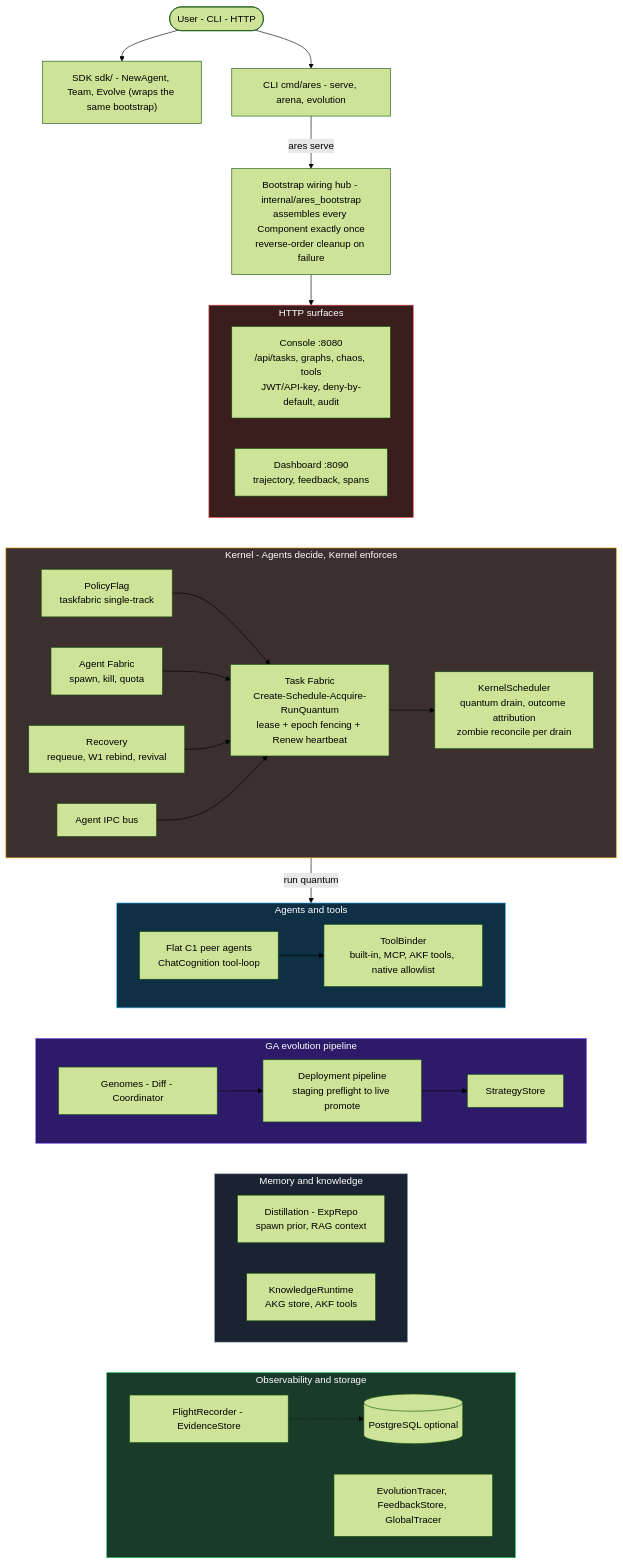
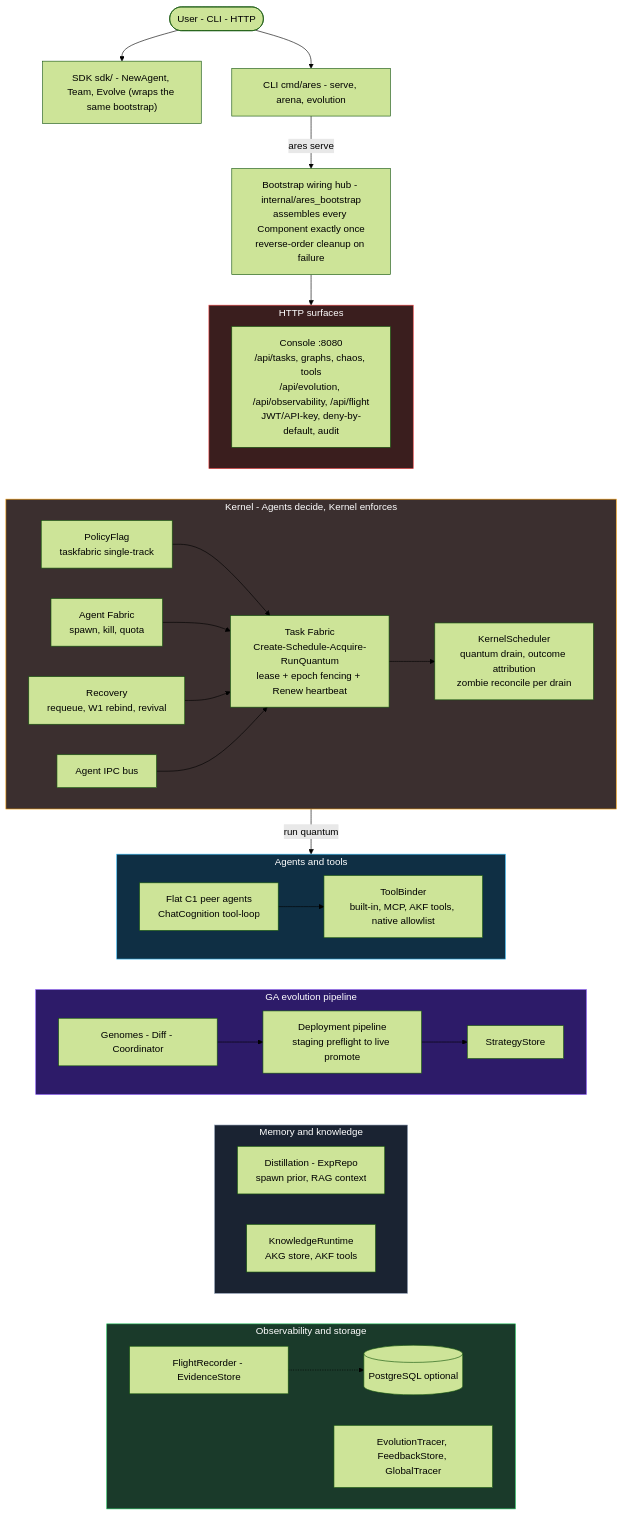
The first of 3 diagrams in README.md (Timwood0x10/ARES), drawn with Mermaid (forest theme) before and after one commit. The commit also changed other lines of this file and 2423 other files, not shown here.

````diff
--- a/README.md
+++ b/README.md
@@ -295,74 +343,73 @@
 ```mermaid
 flowchart TB
     USER(["User - CLI - HTTP"])
 
     USER --> SDK["SDK sdk/ - NewAgent, Team, Evolve (wraps the same bootstrap)"]
     USER --> CLI["CLI cmd/ares - serve, arena, evolution"]
     CLI -- "ares serve" --> BOOT
 
     BOOT["Bootstrap wiring hub - internal/ares_bootstrap<br/>assembles every Component exactly once<br/>reverse-order cleanup on failure"]
 
     BOOT --> HTTPG
 
     subgraph HTTPG["HTTP surfaces"]
-        API["Console :8080<br/>/api/tasks, graphs, chaos, tools<br/>JWT/API-key, deny-by-default, audit"]
-        DASH["Dashboard :8090<br/>trajectory, feedback, spans"]
+        API["Console :8080<br/>/api/tasks, graphs, chaos, tools<br/>/api/evolution, /api/observability, /api/flight<br/>JWT/API-key, deny-by-default, audit"]
     end
 
     HTTPG ~~~ KERNELG
 
     subgraph KERNELG["Kernel - Agents decide, Kernel enforces"]
         POLICY["PolicyFlag<br/>taskfabric single-track"]
         FABRIC["Task Fabric<br/>Create-Schedule-Acquire-RunQuantum<br/>lease + epoch fencing + Renew heartbeat"]
         SCHED["KernelScheduler<br/>quantum drain, outcome attribution<br/>zombie reconcile per drain"]
         AFAB["Agent Fabric<br/>spawn, kill, quota"]
         REC["Recovery<br/>requeue, W1 rebind, revival"]
         IPC["Agent IPC bus"]
         POLICY --> FABRIC
         AFAB --> FABRIC
         REC --> FABRIC
         IPC --> FABRIC
         FABRIC --> SCHED
     end
 
     KERNELG -- "run quantum" --> AGENTSG
 
     subgraph AGENTSG["Agents and tools"]
         AG["Flat C1 peer agents<br/>ChatCognition tool-loop"]
         BIND["ToolBinder<br/>built-in, MCP, AKF tools, native allowlist"]
         AG --> BIND
     end
 
     AGENTSG ~~~ EVOG
 
     subgraph EVOG["GA evolution pipeline"]
         GAD["Genomes - Diff - Coordinator"]
         DEP["Deployment pipeline<br/>staging preflight to live promote"]
         STRAT["StrategyStore"]
         GAD --> DEP
         DEP --> STRAT
     end
 
     EVOG ~~~ MEMKG
 
     subgraph MEMKG["Memory and knowledge"]
         DIS["Distillation - ExpRepo<br/>spawn prior, RAG context"]
         KR["KnowledgeRuntime<br/>AKG store, AKF tools"]
     end
 
     MEMKG ~~~ OBSG
 
     subgraph OBSG["Observability and storage"]
         FLY["FlightRecorder - EvidenceStore"]
         TRC["EvolutionTracer, FeedbackStore, GlobalTracer"]
         PG[("PostgreSQL optional")]
         FLY -.-> PG
     end
 
     style KERNELG fill:#3b2f2f,stroke:#f59e0b,color:#fff
     style AGENTSG fill:#0f2f44,stroke:#38bdf8,color:#fff
     style EVOG fill:#2d1b69,stroke:#8b5cf6,color:#fff
     style MEMKG fill:#1a2332,stroke:#94a3b8,color:#fff
     style OBSG fill:#1a3a2a,stroke:#22c55e,color:#fff
     style HTTPG fill:#3a1e1e,stroke:#ef4444,color:#fff
 ```
````
